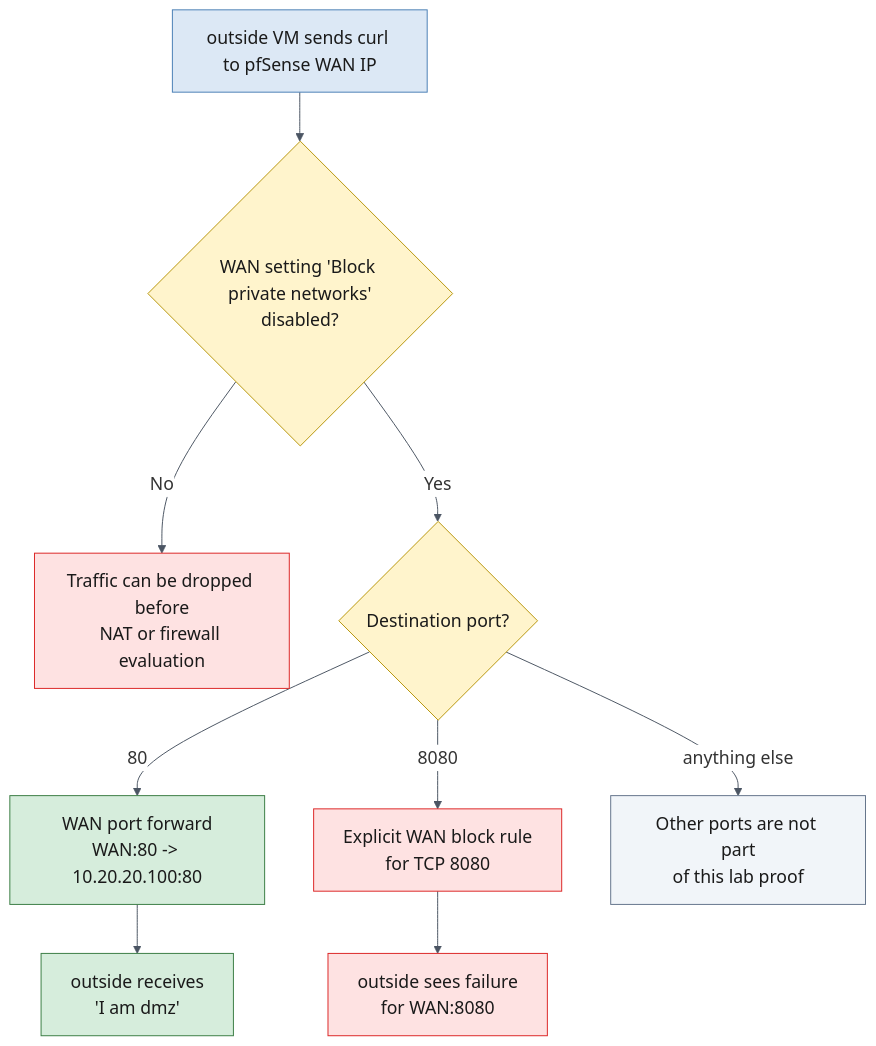
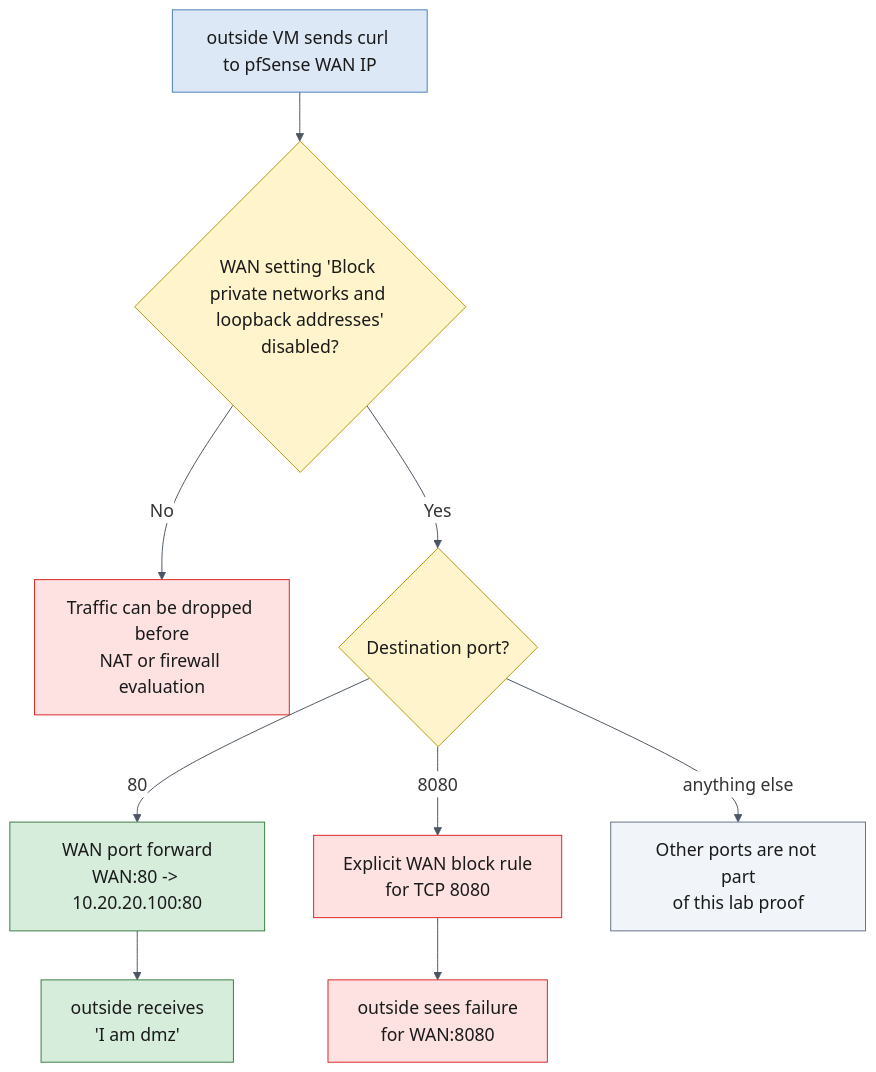
Before and after one commit to WikiSteve/networking-labs: the diagram in labs/210-pfsense-wan-lan-dmz-tour/assets/images/pfsense-wan-inbound-path.mmd, drawn with Mermaid. The commit also changed 4 other files, not shown here.

Commit message:
Tighten pfSense WAN diagram wording

```diff
--- a/labs/210-pfsense-wan-lan-dmz-tour/assets/images/pfsense-wan-inbound-path.mmd
+++ b/labs/210-pfsense-wan-lan-dmz-tour/assets/images/pfsense-wan-inbound-path.mmd
@@ -1,32 +1,32 @@
 %%{init: {"theme": "base", "themeVariables": {
   "primaryColor": "#ffffff",
   "primaryBorderColor": "#4b5563",
   "lineColor": "#4b5563",
   "fontSize": "18px",
   "fontFamily": "Arial"
 }}}%%
 flowchart TD
     start["outside VM sends curl to pfSense WAN IP"]:::blue
-    private{"WAN setting 'Block private networks'\ndisabled?"}:::gold
+    private{"WAN setting 'Block private networks and loopback addresses'\ndisabled?"}:::gold
     drop["Traffic can be dropped before\nNAT or firewall evaluation"]:::red
     port{"Destination port?"}:::gold
     nat["WAN port forward\nWAN:80 -> 10.20.20.100:80"]:::green
     publicok["outside receives\n'I am dmz'"]:::green
     block8080["Explicit WAN block rule\nfor TCP 8080"]:::red
     fail8080["outside sees failure\nfor WAN:8080"]:::red
     other["Other ports are not part\nof this lab proof"]:::gray
 
     start --> private
     private -->|"No"| drop
     private -->|"Yes"| port
     port -->|"80"| nat
     nat --> publicok
     port -->|"8080"| block8080
     block8080 --> fail8080
     port -->|"anything else"| other
 
     classDef blue   fill:#dce8f5,stroke:#4a7fb5,color:#1a1a1a
     classDef gold   fill:#fff4cc,stroke:#b8960c,color:#1a1a1a
     classDef green  fill:#d6eddc,stroke:#3a7d44,color:#1a1a1a
     classDef red    fill:#fee2e2,stroke:#dc2626,color:#1a1a1a
     classDef gray   fill:#f1f5f9,stroke:#64748b,color:#1a1a1a
```
